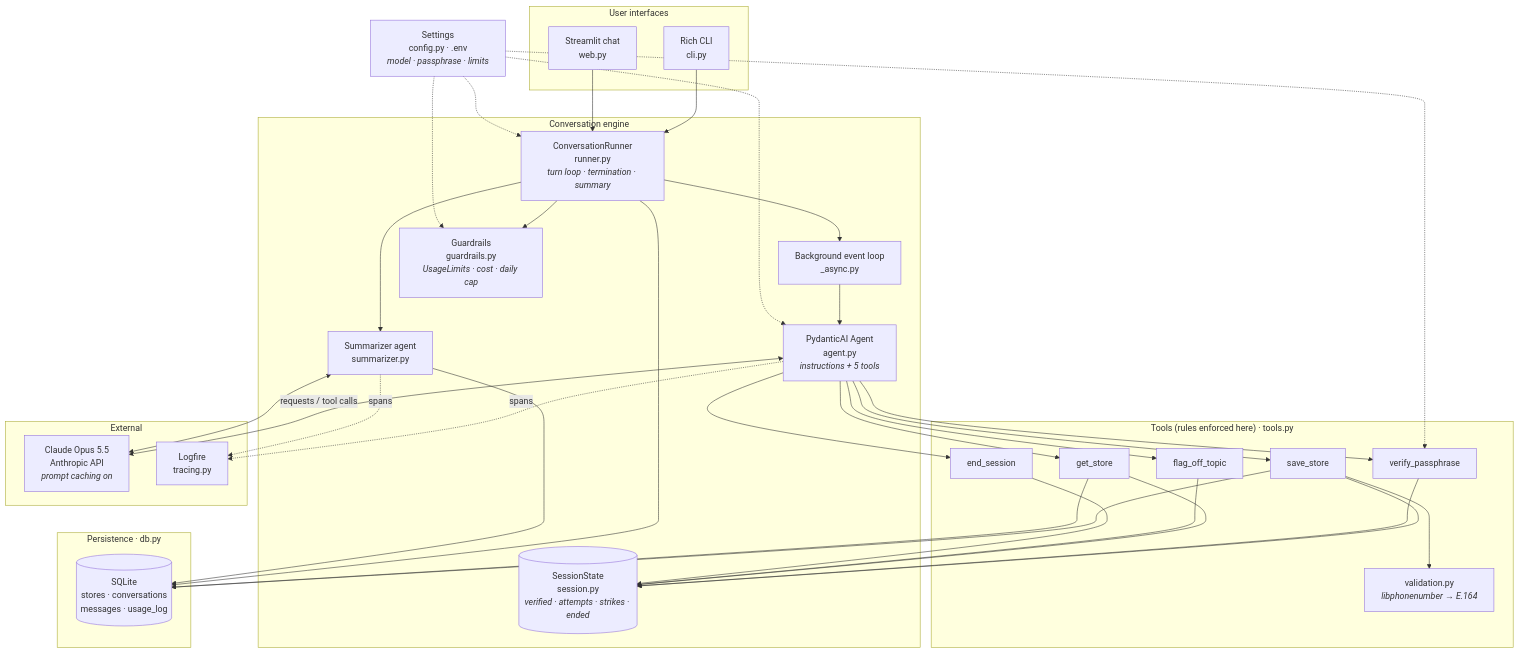
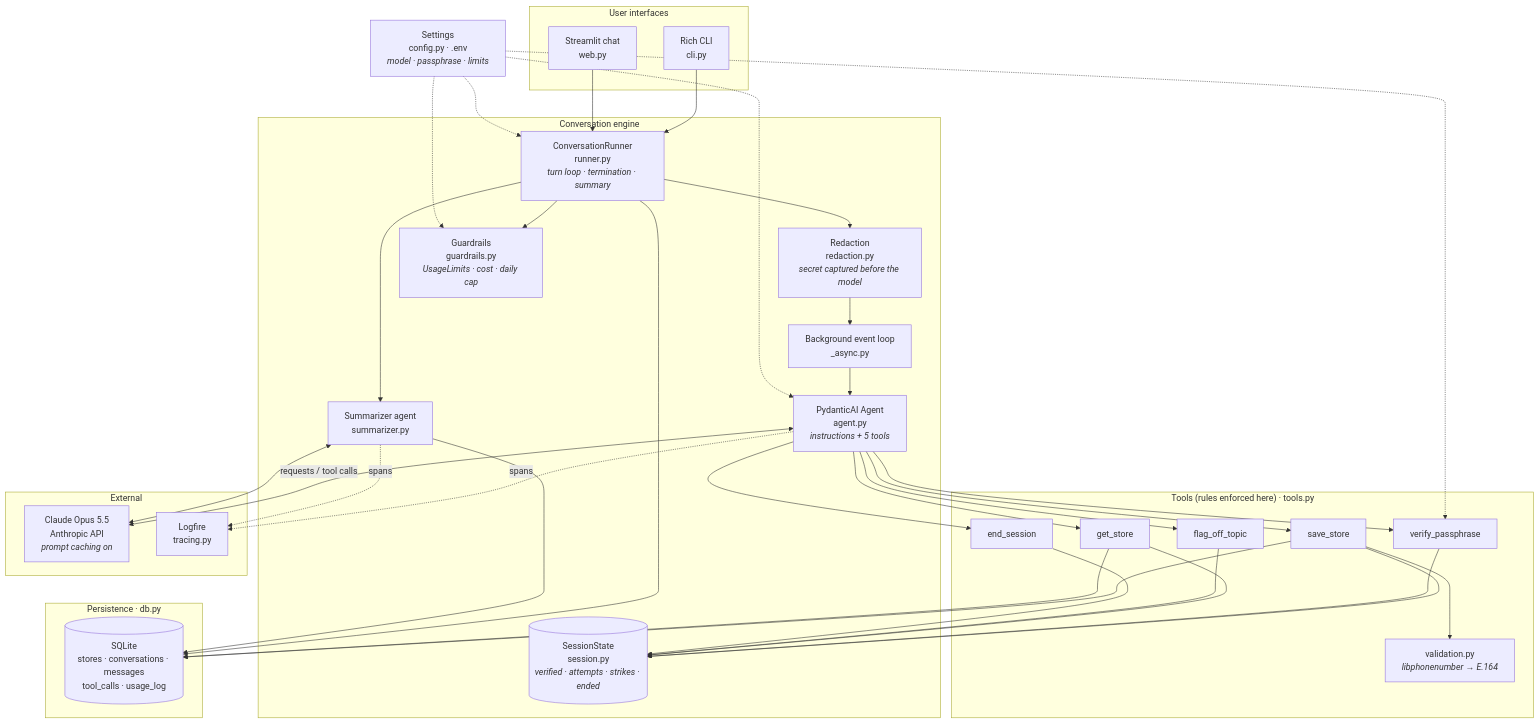
One commit to AhmedAman94/store-assistant changed the first of 5 diagrams in docs/ARCHITECTURE.md. Above: the diagram before and after it, drawn with Mermaid. The commit also changed other lines of this file and 28 other files, not shown here.

````diff
--- a/docs/ARCHITECTURE.md
+++ b/docs/ARCHITECTURE.md
@@ -11,53 +11,54 @@
 ```mermaid
 flowchart TB
     subgraph UI["User interfaces"]
         CLI["Rich CLI<br/>cli.py"]
         WEB["Streamlit chat<br/>web.py"]
     end
 
     subgraph CORE["Conversation engine"]
         RUN["ConversationRunner<br/>runner.py<br/><i>turn loop · termination · summary</i>"]
+        RED["Redaction<br/>redaction.py<br/><i>secret captured before the model</i>"]
         ASY["Background event loop<br/>_async.py"]
         GUARD["Guardrails<br/>guardrails.py<br/><i>UsageLimits · cost · daily cap</i>"]
         AGENT["PydanticAI Agent<br/>agent.py<br/><i>instructions + 5 tools</i>"]
         SUMM["Summarizer agent<br/>summarizer.py"]
         STATE[("SessionState<br/>session.py<br/><i>verified · attempts · strikes · ended</i>")]
     end
 
     subgraph TOOLS["Tools (rules enforced here) · tools.py"]
         T1["save_store"]
         T2["verify_passphrase"]
         T3["get_store"]
         T4["flag_off_topic"]
         T5["end_session"]
         VAL["validation.py<br/><i>libphonenumber → E.164</i>"]
     end
 
     subgraph DATA["Persistence · db.py"]
-        DB[("SQLite<br/>stores · conversations<br/>messages · usage_log")]
+        DB[("SQLite<br/>stores · conversations · messages<br/>tool_calls · usage_log")]
     end
 
     subgraph EXT["External"]
         LLM["Claude Opus 5.5<br/>Anthropic API<br/><i>prompt caching on</i>"]
         LF["Logfire<br/>tracing.py"]
     end
 
     CFG["Settings<br/>config.py · .env<br/><i>model · passphrase · limits</i>"]
 
     CLI --> RUN
     WEB --> RUN
-    RUN --> ASY --> AGENT
+    RUN --> RED --> ASY --> AGENT
     RUN --> GUARD
     RUN --> SUMM
     AGENT <-->|"requests / tool calls"| LLM
     SUMM <--> LLM
     AGENT --> T1 & T2 & T3 & T4 & T5
     T1 --> VAL
     T1 & T2 & T3 & T4 & T5 --> STATE
     T1 & T3 --> DB
     RUN --> DB
     SUMM --> DB
     AGENT -. spans .-> LF
     SUMM -. spans .-> LF
     CFG -.-> RUN & AGENT & GUARD & T2
 ```
````
